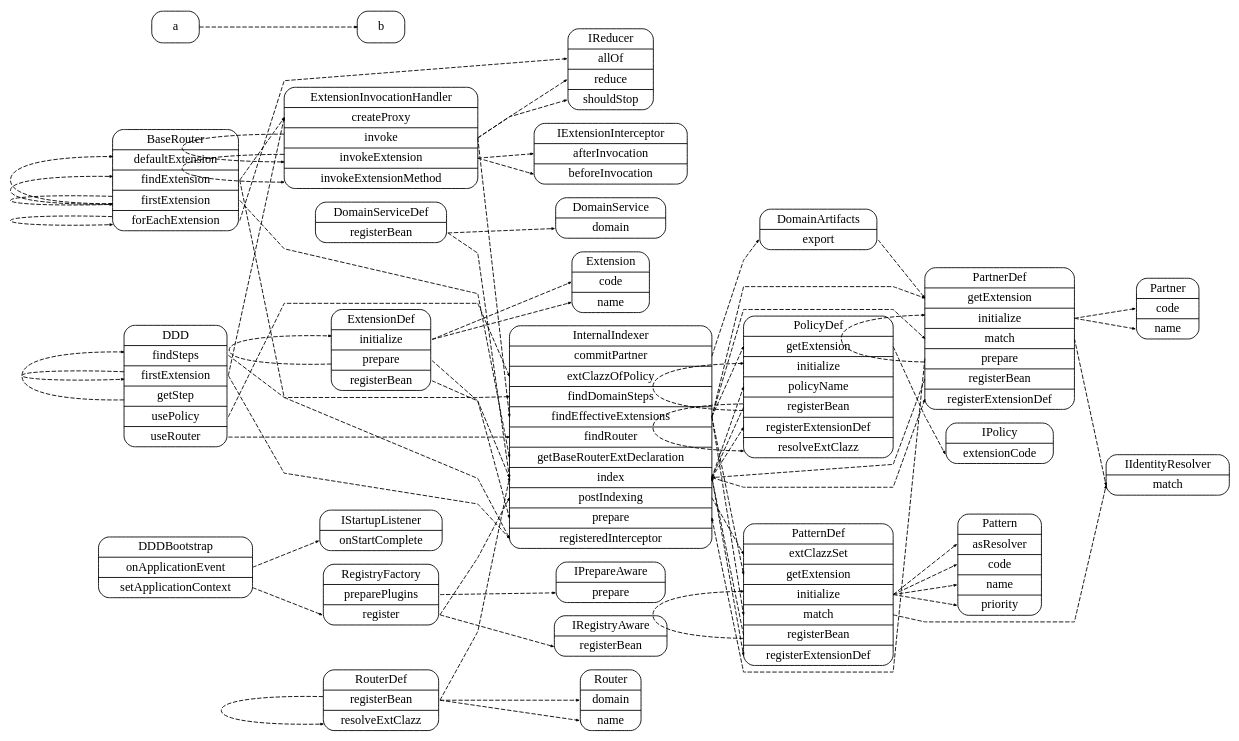
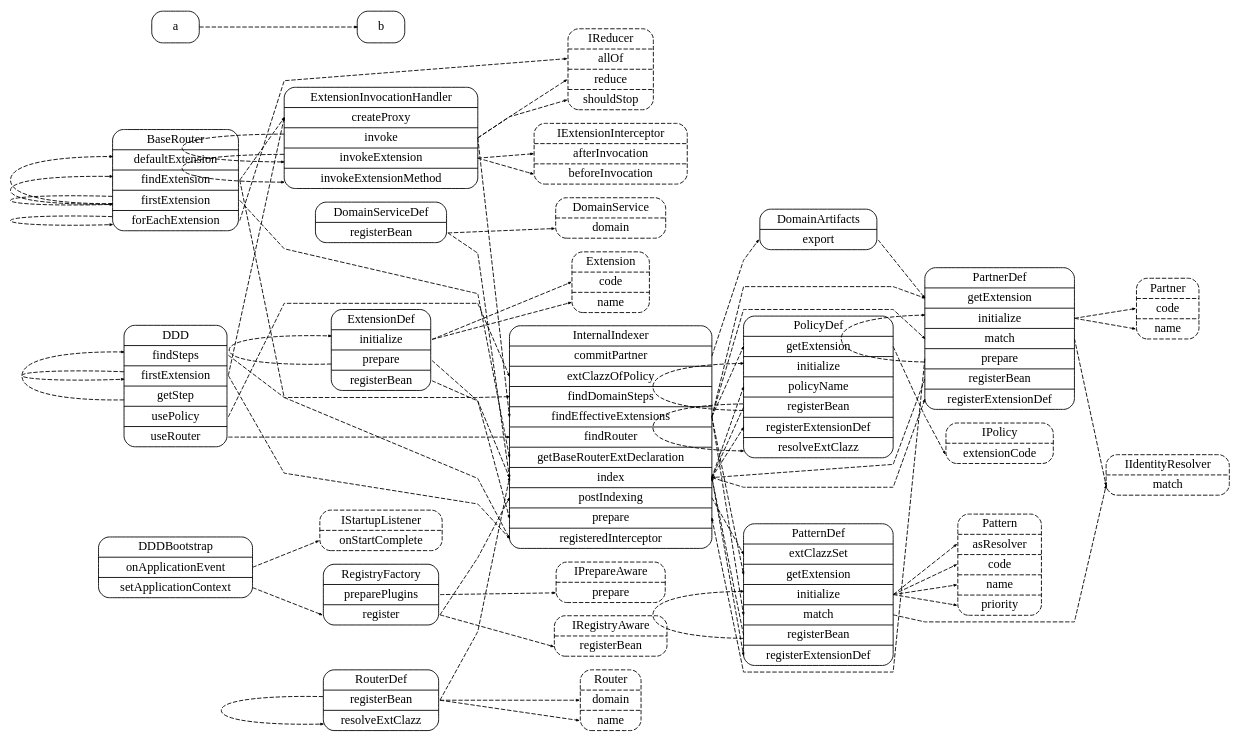
Before and after one commit to funkygao/cp-ddd-framework: the diagram in doc/dddplus-runtime.dot, drawn with Graphviz. The commit also changed 1 other file, not shown here.

Commit message:
feature: call graph interface node renders with dash style

```diff
--- a/doc/dddplus-runtime.dot
+++ b/doc/dddplus-runtime.dot
@@ -1,102 +1,102 @@
 digraph G {
    rankdir=LR;
    splines = polyline;
    node [shape=Mrecord];
    nodesep=0.2;
    edge [style=dashed, arrowsize=0.3, fontsize=6];
 
-   "DomainService" [label="<DomainService> DomainService|<domain> domain"];
-   "Extension" [label="<Extension> Extension|<code> code|<name> name"];
-   "Partner" [label="<Partner> Partner|<code> code|<name> name"];
-   "Pattern" [label="<Pattern> Pattern|<asResolver> asResolver|<code> code|<name> name|<priority> priority"];
-   "Router" [label="<Router> Router|<domain> domain|<name> name"];
-   "IIdentityResolver" [label="<IIdentityResolver> IIdentityResolver|<match> match"];
-   "IPolicy" [label="<IPolicy> IPolicy|<extensionCode> extensionCode"];
+   "DomainService" [label="<DomainService> DomainService|<domain> domain" style=dashed];
+   "Extension" [label="<Extension> Extension|<code> code|<name> name" style=dashed];
+   "Partner" [label="<Partner> Partner|<code> code|<name> name" style=dashed];
+   "Pattern" [label="<Pattern> Pattern|<asResolver> asResolver|<code> code|<name> name|<priority> priority" style=dashed];
+   "Router" [label="<Router> Router|<domain> domain|<name> name" style=dashed];
+   "IIdentityResolver" [label="<IIdentityResolver> IIdentityResolver|<match> match" style=dashed];
+   "IPolicy" [label="<IPolicy> IPolicy|<extensionCode> extensionCode" style=dashed];
    "BaseRouter" [label="<BaseRouter> BaseRouter|<defaultExtension> defaultExtension|<findExtension> findExtension|<firstExtension> firstExtension|<forEachExtension> forEachExtension"];
    "DDD" [label="<DDD> DDD|<findSteps> findSteps|<firstExtension> firstExtension|<getStep> getStep|<usePolicy> usePolicy|<useRouter> useRouter"];
    "ExtensionInvocationHandler" [label="<ExtensionInvocationHandler> ExtensionInvocationHandler|<createProxy> createProxy|<invoke> invoke|<invokeExtension> invokeExtension|<invokeExtensionMethod> invokeExtensionMethod"];
-   "IReducer" [label="<IReducer> IReducer|<allOf> allOf|<reduce> reduce|<shouldStop> shouldStop"];
-   "IStartupListener" [label="<IStartupListener> IStartupListener|<onStartComplete> onStartComplete"];
-   "IExtensionInterceptor" [label="<IExtensionInterceptor> IExtensionInterceptor|<afterInvocation> afterInvocation|<beforeInvocation> beforeInvocation"];
+   "IReducer" [label="<IReducer> IReducer|<allOf> allOf|<reduce> reduce|<shouldStop> shouldStop" style=dashed];
+   "IStartupListener" [label="<IStartupListener> IStartupListener|<onStartComplete> onStartComplete" style=dashed];
+   "IExtensionInterceptor" [label="<IExtensionInterceptor> IExtensionInterceptor|<afterInvocation> afterInvocation|<beforeInvocation> beforeInvocation" style=dashed];
    "DDDBootstrap" [label="<DDDBootstrap> DDDBootstrap|<onApplicationEvent> onApplicationEvent|<setApplicationContext> setApplicationContext"];
    "DomainArtifacts" [label="<DomainArtifacts> DomainArtifacts|<export> export"];
    "DomainServiceDef" [label="<DomainServiceDef> DomainServiceDef|<registerBean> registerBean"];
    "ExtensionDef" [label="<ExtensionDef> ExtensionDef|<initialize> initialize|<prepare> prepare|<registerBean> registerBean"];
-   "IPrepareAware" [label="<IPrepareAware> IPrepareAware|<prepare> prepare"];
-   "IRegistryAware" [label="<IRegistryAware> IRegistryAware|<registerBean> registerBean"];
+   "IPrepareAware" [label="<IPrepareAware> IPrepareAware|<prepare> prepare" style=dashed];
+   "IRegistryAware" [label="<IRegistryAware> IRegistryAware|<registerBean> registerBean" style=dashed];
    "InternalIndexer" [label="<InternalIndexer> InternalIndexer|<commitPartner> commitPartner|<extClazzOfPolicy> extClazzOfPolicy|<findDomainSteps> findDomainSteps|<findEffectiveExtensions> findEffectiveExtensions|<findRouter> findRouter|<getBaseRouterExtDeclaration> getBaseRouterExtDeclaration|<index> index|<postIndexing> postIndexing|<prepare> prepare|<registeredInterceptor> registeredInterceptor"];
    "PartnerDef" [label="<PartnerDef> PartnerDef|<getExtension> getExtension|<initialize> initialize|<match> match|<prepare> prepare|<registerBean> registerBean|<registerExtensionDef> registerExtensionDef"];
    "PatternDef" [label="<PatternDef> PatternDef|<extClazzSet> extClazzSet|<getExtension> getExtension|<initialize> initialize|<match> match|<registerBean> registerBean|<registerExtensionDef> registerExtensionDef"];
    "PolicyDef" [label="<PolicyDef> PolicyDef|<getExtension> getExtension|<initialize> initialize|<policyName> policyName|<registerBean> registerBean|<registerExtensionDef> registerExtensionDef|<resolveExtClazz> resolveExtClazz"];
    "RegistryFactory" [label="<RegistryFactory> RegistryFactory|<preparePlugins> preparePlugins|<register> register"];
    "RouterDef" [label="<RouterDef> RouterDef|<registerBean> registerBean|<resolveExtClazz> resolveExtClazz"];
 
    BaseRouter:findExtension -> InternalIndexer:registeredInterceptor
    BaseRouter:findExtension -> ExtensionInvocationHandler:createProxy
    BaseRouter:firstExtension -> BaseRouter:firstExtension
    BaseRouter:firstExtension -> InternalIndexer:getBaseRouterExtDeclaration
    BaseRouter:firstExtension -> BaseRouter:defaultExtension
    BaseRouter:firstExtension -> BaseRouter:findExtension
    BaseRouter:forEachExtension -> IReducer:allOf
    BaseRouter:forEachExtension -> BaseRouter:forEachExtension
    DDD:findSteps -> InternalIndexer:findDomainSteps
    DDD:firstExtension -> DDD:firstExtension
    DDD:firstExtension -> InternalIndexer:registeredInterceptor
    DDD:firstExtension -> ExtensionInvocationHandler:createProxy
    DDD:getStep -> DDD:findSteps
    DDD:usePolicy -> InternalIndexer:extClazzOfPolicy
    DDD:useRouter -> InternalIndexer:findRouter
    ExtensionInvocationHandler:invoke -> InternalIndexer:findEffectiveExtensions
    ExtensionInvocationHandler:invoke -> ExtensionInvocationHandler:invokeExtension
    ExtensionInvocationHandler:invoke -> IReducer:shouldStop
    ExtensionInvocationHandler:invoke -> IReducer:reduce
    ExtensionInvocationHandler:invokeExtension -> IExtensionInterceptor:beforeInvocation
    ExtensionInvocationHandler:invokeExtension -> ExtensionInvocationHandler:invokeExtensionMethod
    ExtensionInvocationHandler:invokeExtension -> IExtensionInterceptor:afterInvocation
    DDDBootstrap:onApplicationEvent -> IStartupListener:onStartComplete
    DDDBootstrap:setApplicationContext -> RegistryFactory:register
    DomainArtifacts:export -> PartnerDef:getExtension
    DomainServiceDef:registerBean -> DomainService:domain
    DomainServiceDef:registerBean -> InternalIndexer:index
    ExtensionDef:initialize -> Extension:code
    ExtensionDef:initialize -> Extension:name
    ExtensionDef:prepare -> ExtensionDef:initialize
    ExtensionDef:prepare -> InternalIndexer:prepare
    ExtensionDef:registerBean -> InternalIndexer:index
    InternalIndexer:commitPartner -> DomainArtifacts:export
    InternalIndexer:findEffectiveExtensions -> PolicyDef:getExtension
    InternalIndexer:findEffectiveExtensions -> PatternDef:match
    InternalIndexer:findEffectiveExtensions -> PatternDef:getExtension
    InternalIndexer:findEffectiveExtensions -> PartnerDef:getExtension
    InternalIndexer:findEffectiveExtensions -> PartnerDef:match
    InternalIndexer:index -> PolicyDef:registerExtensionDef
    InternalIndexer:index -> PatternDef:registerExtensionDef
    InternalIndexer:index -> PartnerDef:registerExtensionDef
    InternalIndexer:index -> PolicyDef:policyName
    InternalIndexer:postIndexing -> PatternDef:extClazzSet
    PartnerDef:initialize -> Partner:code
    PartnerDef:initialize -> Partner:name
    PartnerDef:match -> IIdentityResolver:match
    PartnerDef:prepare -> PartnerDef:initialize
    PartnerDef:prepare -> InternalIndexer:prepare
    PartnerDef:registerBean -> InternalIndexer:index
    PatternDef:initialize -> Pattern:code
    PatternDef:initialize -> Pattern:name
    PatternDef:initialize -> Pattern:priority
    PatternDef:initialize -> Pattern:asResolver
    PatternDef:match -> IIdentityResolver:match
    PatternDef:registerBean -> PatternDef:initialize
    PatternDef:registerBean -> InternalIndexer:index
    PolicyDef:getExtension -> IPolicy:extensionCode
    PolicyDef:registerBean -> PolicyDef:initialize
    PolicyDef:registerBean -> PolicyDef:resolveExtClazz
    PolicyDef:registerBean -> InternalIndexer:index
    RegistryFactory:preparePlugins -> IPrepareAware:prepare
    RegistryFactory:register -> IRegistryAware:registerBean
    RegistryFactory:register -> InternalIndexer:postIndexing
    RouterDef:registerBean -> Router:domain
    RouterDef:registerBean -> Router:name
    RouterDef:registerBean -> RouterDef:resolveExtClazz
    RouterDef:registerBean -> InternalIndexer:index
    a -> b
 }
```
